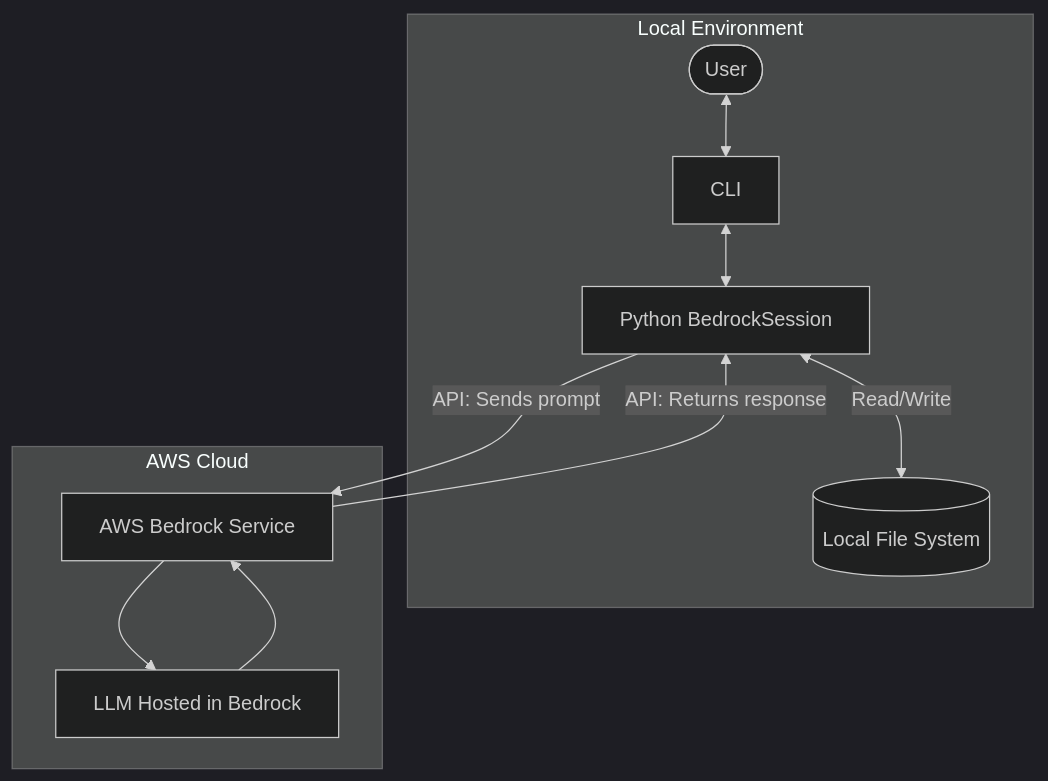
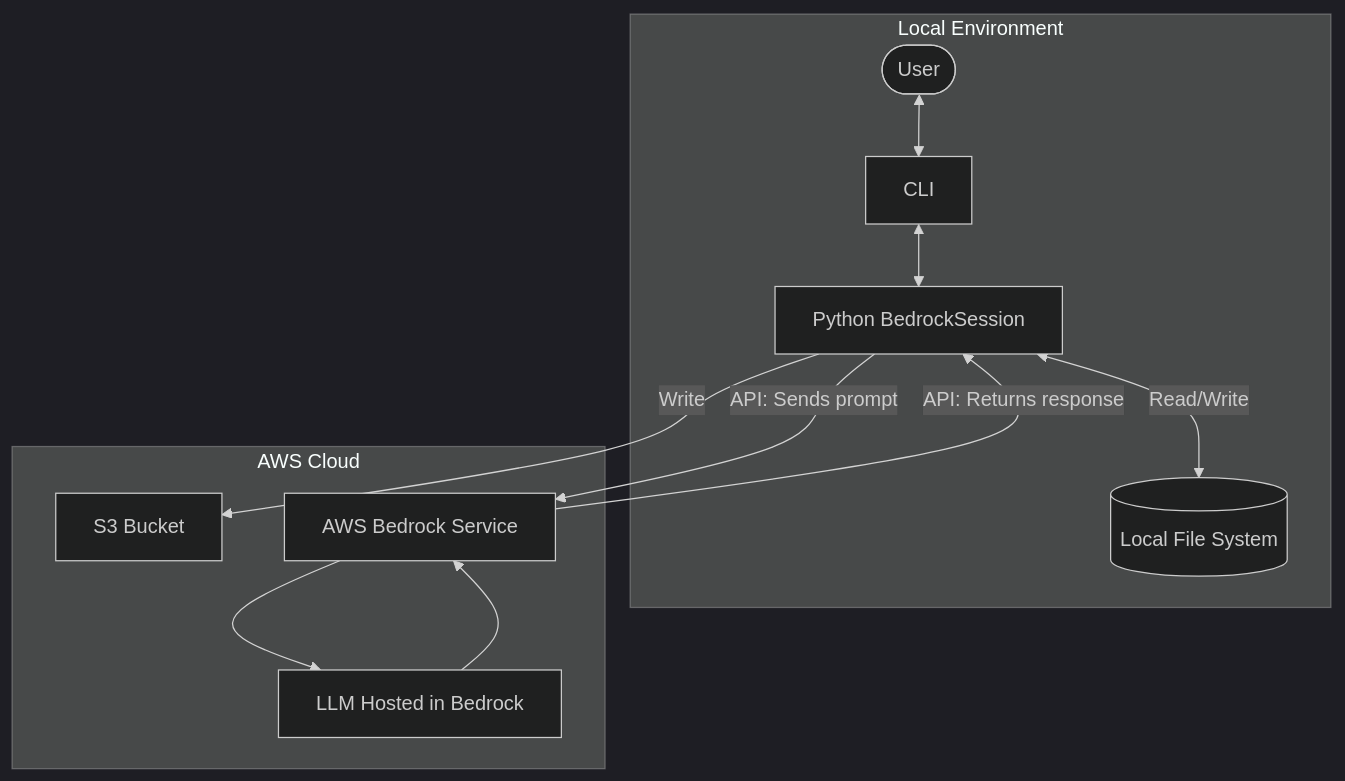
Before and after one commit to RayKMAllen/email_assistant: the diagram in Architecture.md, drawn with Mermaid (dark theme). The commit also changed 8 other files, not shown here.

````diff
--- a/Architecture.md
+++ b/Architecture.md
@@ -1,28 +1,31 @@
 ```mermaid
 flowchart TD
 
     subgraph UserSide["Local Environment"]
         User([User])
         CLI[CLI]
         Session[Python BedrockSession]
         FS[(Local File System)]
     end
 
     subgraph CloudSide["AWS Cloud"]
+        S3[S3 Bucket]
         Bedrock[AWS Bedrock Service]
         Model[LLM Hosted in Bedrock]
     end
 
     User <--> CLI
     CLI <--> Session
 
     Session <--> |Read/Write| FS
 
+    Session --> |Write| S3
+
     Session -->|API: Sends prompt| Bedrock
     Bedrock -->|API: Returns response| Session
 
     Bedrock --> Model
     Model --> Bedrock
 
 
 ```
````
